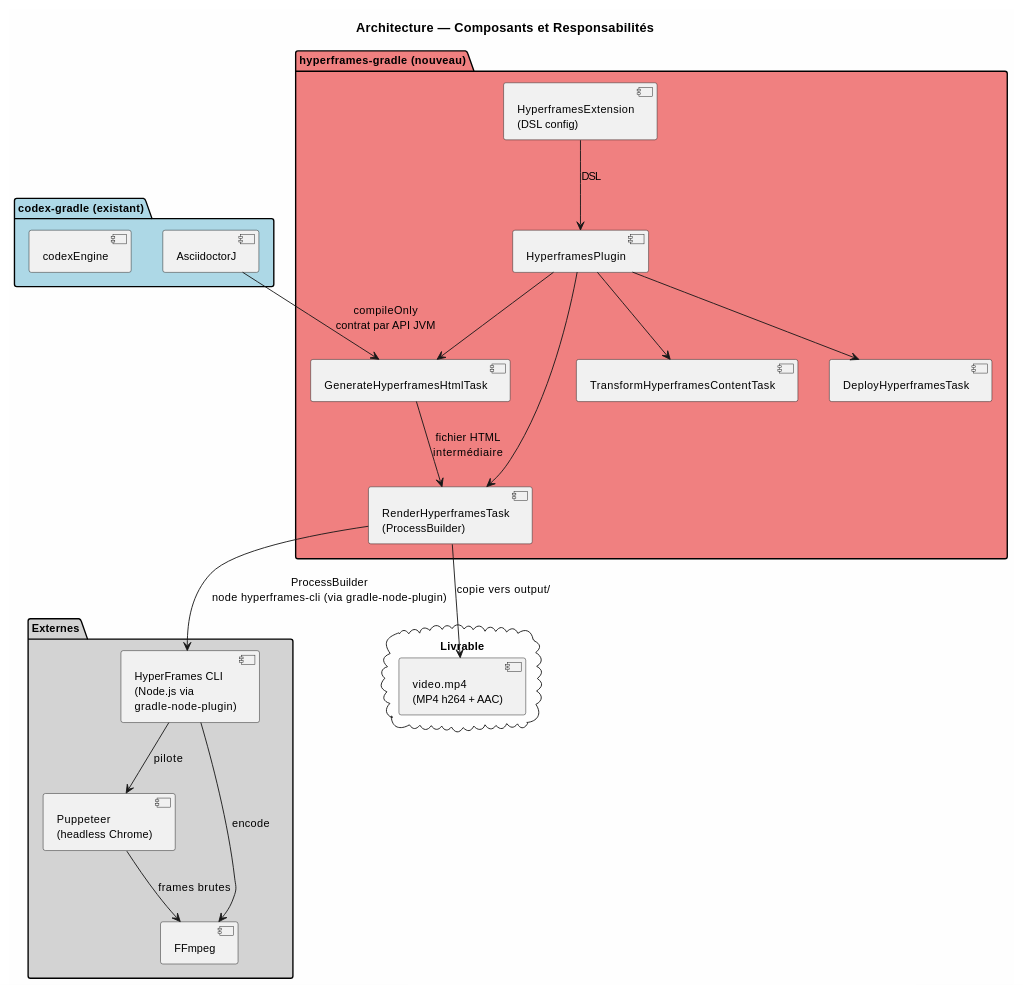
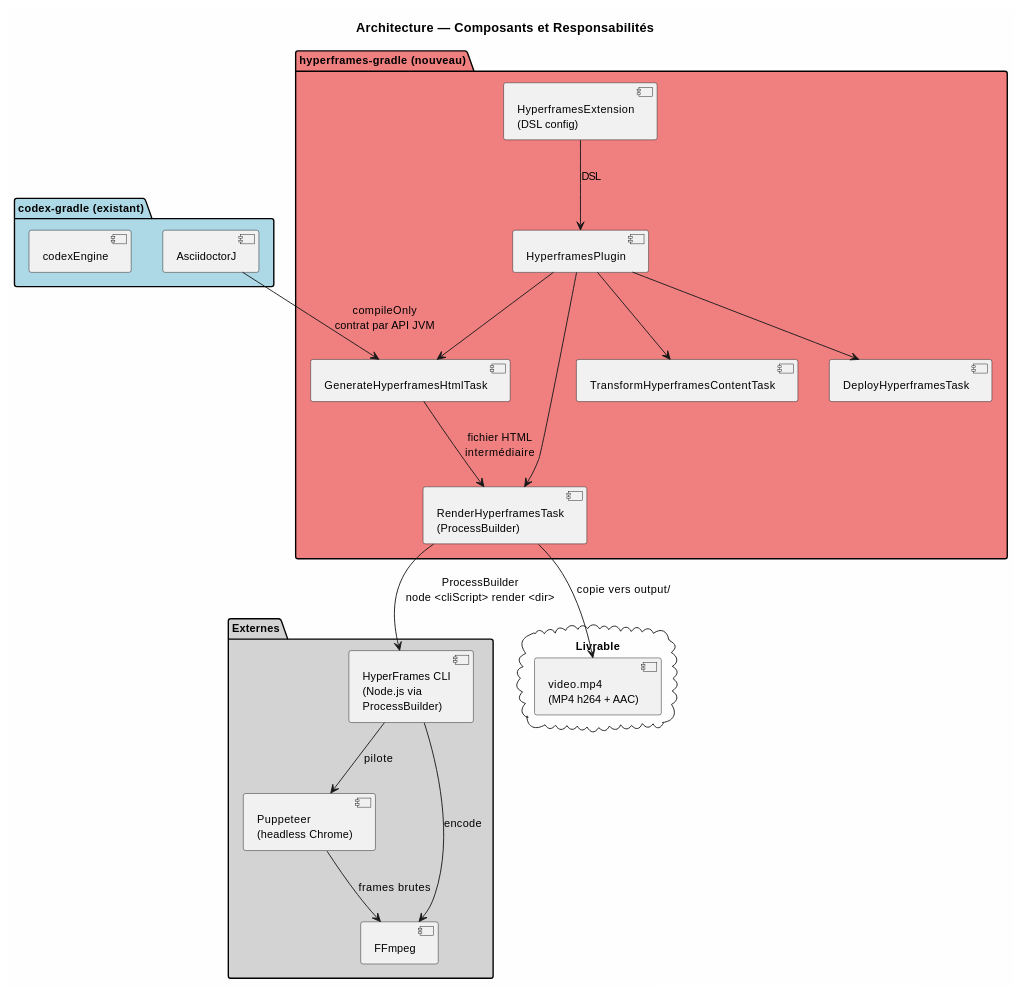
One commit to cccp-education/hyperframes-gradle changed the second of 3 diagrams in hyperframes-plugin/doc/HYPERFRAMES_ARCHITECTURE.adoc. Above: the diagram before and after it, drawn with PlantUML. The commit also changed other lines of this file and 18 other files, not shown here.

```diff
--- a/hyperframes-plugin/doc/HYPERFRAMES_ARCHITECTURE.adoc
+++ b/hyperframes-plugin/doc/HYPERFRAMES_ARCHITECTURE.adoc
@@ -95,47 +95,47 @@
 [plantuml,target="composants",format="svg"]
 ----
 @startuml
 skinparam backgroundColor #FEFEFE
 skinparam defaultFontSize 12
 
 title Architecture — Composants et Responsabilités
 
 package "codex-gradle (existant)" #LightBlue {
   component "AsciidoctorJ" as asciidoctorj
   component "codexEngine" as codexengine
 }
 
 package "hyperframes-gradle (nouveau)" #LightCoral {
   component "HyperframesPlugin" as plugin
   component "HyperframesExtension\n(DSL config)" as extension
   component "GenerateHyperframesHtmlTask" as genHtmlTask
   component "RenderHyperframesTask\n(ProcessBuilder)" as renderTask
   component "TransformHyperframesContentTask" as transformTask
   component "DeployHyperframesTask" as deployTask
 }
 
 package "Externes" #LightGrey {
-  component "HyperFrames CLI\n(Node.js via\ngradle-node-plugin)" as hfCli
+  component "HyperFrames CLI\n(Node.js via\nProcessBuilder)" as hfCli
   component "Puppeteer\n(headless Chrome)" as puppeteer
   component "FFmpeg" as ffmpeg
 }
 
 cloud "Livrable" {
   component "video.mp4\n(MP4 h264 + AAC)" as output
 }
 
 asciidoctorj --> genHtmlTask : compileOnly\ncontrat par API JVM
 genHtmlTask --> renderTask : fichier HTML\nintermédiaire
-renderTask --> hfCli : ProcessBuilder\nnode hyperframes-cli (via gradle-node-plugin)
+renderTask --> hfCli : ProcessBuilder\nnode <cliScript> render <dir>
 hfCli --> puppeteer : pilote
 hfCli --> ffmpeg : encode
 puppeteer --> ffmpeg : frames brutes
 renderTask --> output : copie vers output/
 
 extension --> plugin : DSL
 plugin --> genHtmlTask
 plugin --> renderTask
 plugin --> transformTask
 plugin --> deployTask
 @enduml
 ----
```
